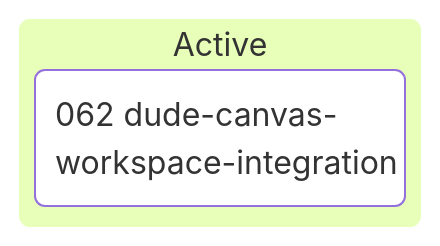
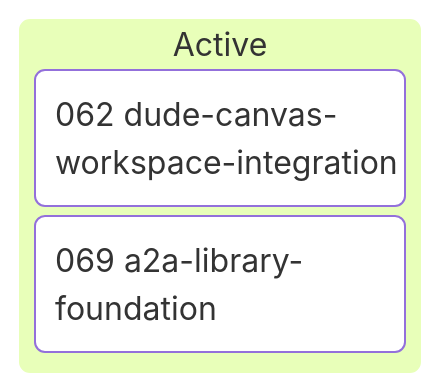
Before and after one commit to E-G-C/dude: the diagram in .dude/backlog.md, drawn with Mermaid. The commit also changed other lines of this file and 17 other files, not shown here.

First line of the commit message:
feat: add A2A library foundation sources

````diff
--- a/.dude/backlog.md
+++ b/.dude/backlog.md
@@ -23,5 +24,6 @@
 ```mermaid
 kanban
   active[Active]
     work_1[062 dude-canvas-workspace-integration]
+    work_2[069 a2a-library-foundation]
 ```
````
